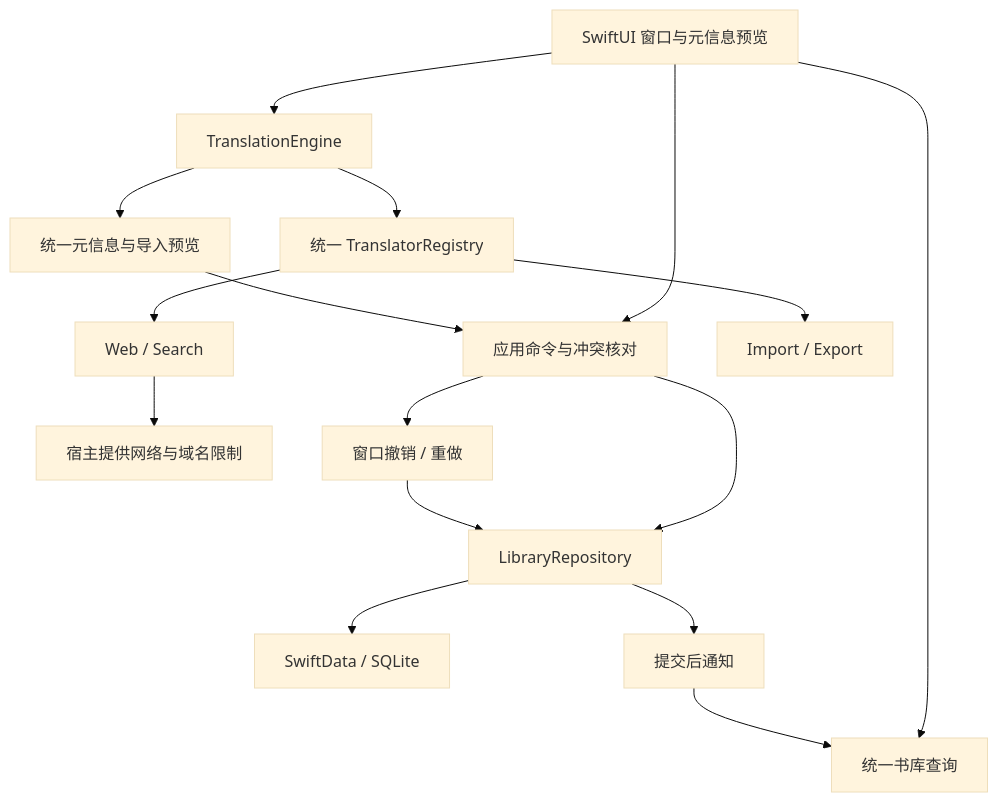
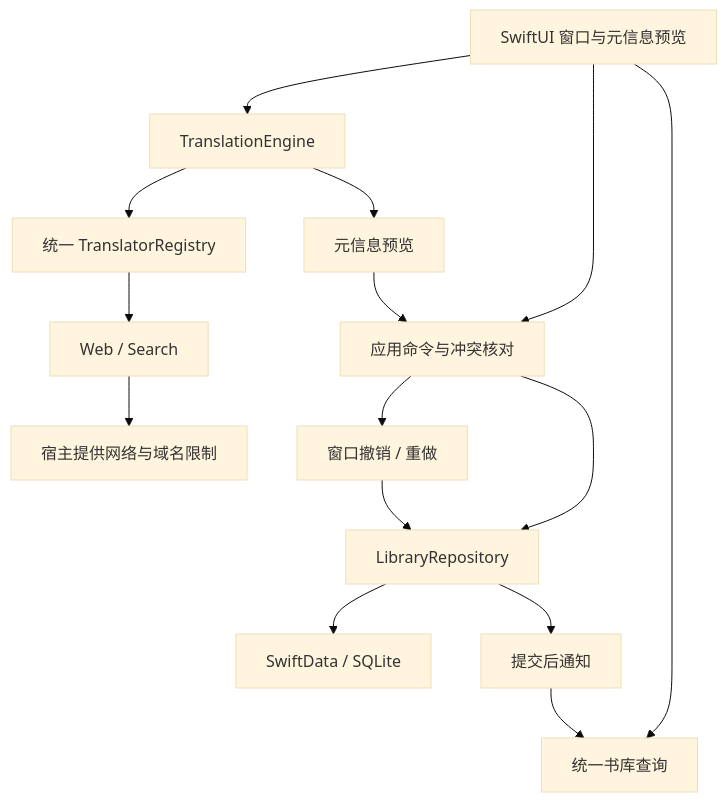
Before and after one commit to MediCoderHZ/Bookshelf: the diagram in Docs/ARCHITECTURE.md, drawn with Mermaid (base theme). The commit also changed other lines of this file and 67 other files, not shown here.

````diff
--- a/Docs/ARCHITECTURE.md
+++ b/Docs/ARCHITECTURE.md
@@ -22,18 +22,17 @@
 ```mermaid
 flowchart TD
   UI[SwiftUI 窗口与元信息预览] --> Commands[应用命令与冲突核对]
   UI --> Query[统一书库查询]
   UI --> Translate[TranslationEngine]
   Translate --> Registry[统一 TranslatorRegistry]
   Registry --> Web[Web / Search]
-  Registry --> Files[Import / Export]
   Web --> Host[宿主提供网络与域名限制]
-  Translate --> Preview[统一元信息与导入预览]
+  Translate --> Preview[元信息预览]
   Preview --> Commands
   Commands --> Repo[LibraryRepository]
   Repo --> DB[SwiftData / SQLite]
   Repo --> Notify[提交后通知]
   Notify --> Query
   Commands --> History[窗口撤销 / 重做]
   History --> Repo
 ```
````
